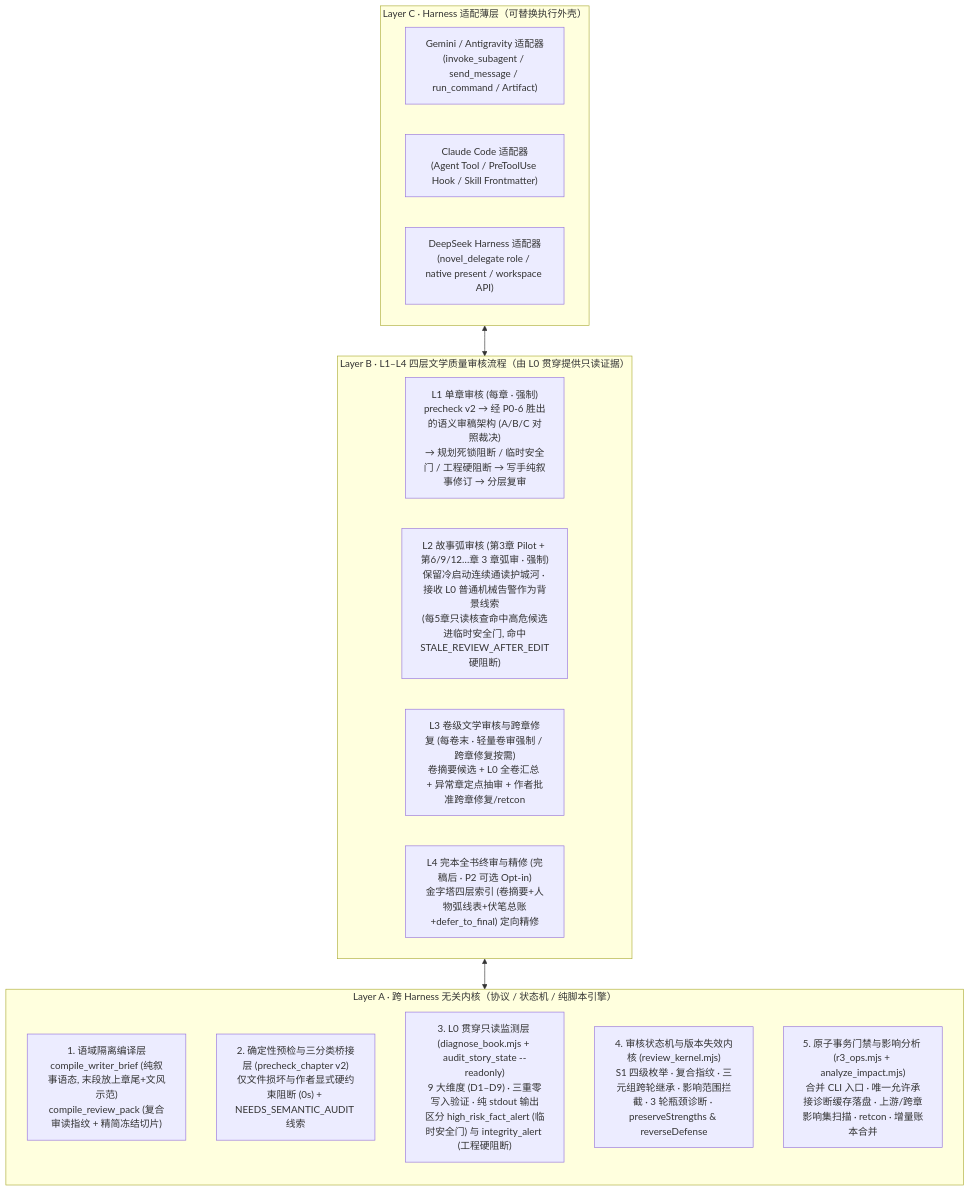
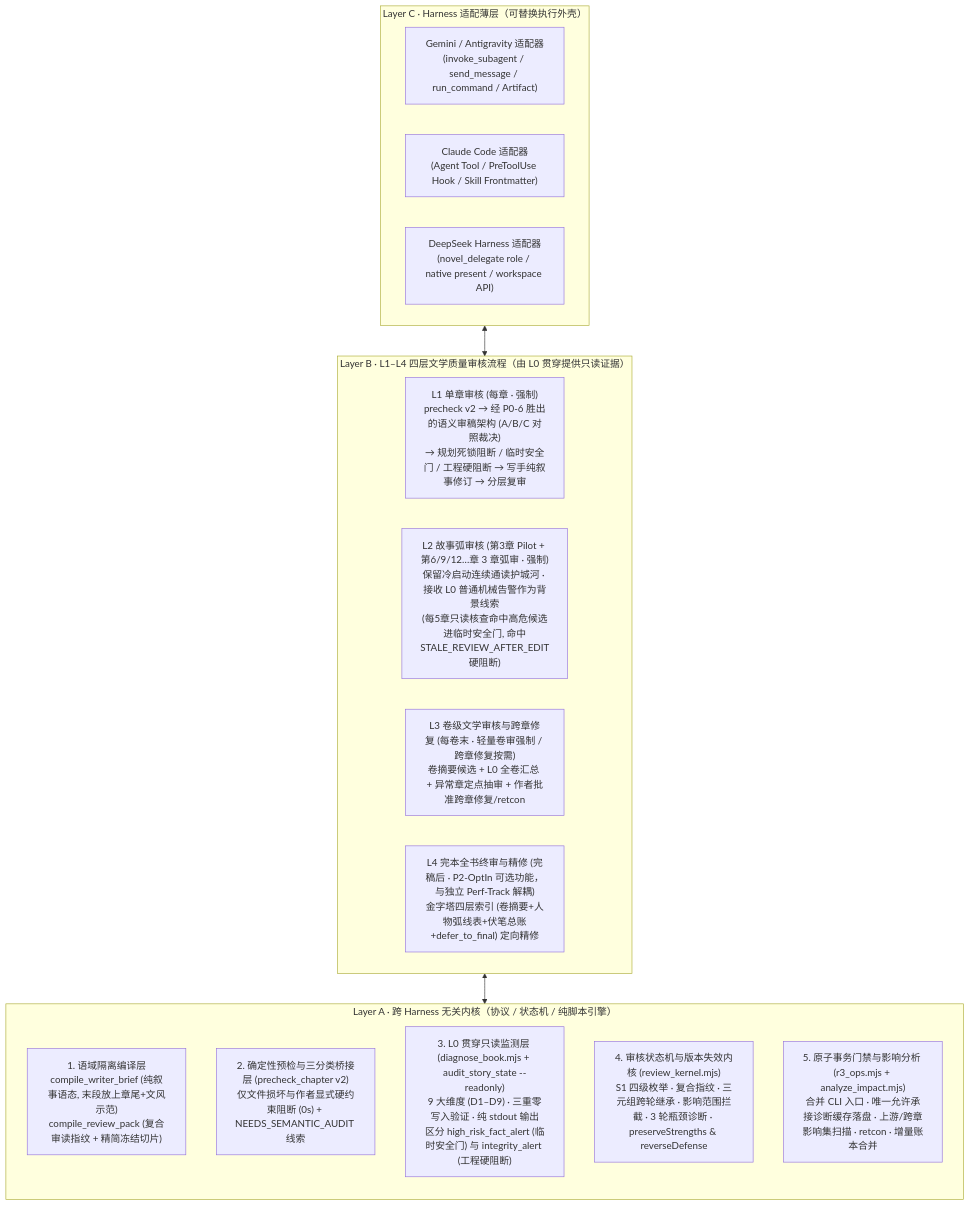
The diagram in docs/r3/review-v3/03-R3审核体系v3总体架构设计.md (chindden/chinese-novelist-skill), drawn with Mermaid before and after one commit. The commit also changed other lines of this file and 7 other files, not shown here.

Commit message:
docs(r3): finalize v1.2.2 freeze-ready revisions (G2 split, L0 sandbox, Perf-Track vs L4)

````diff
--- a/docs/r3/review-v3/03-R3审核体系v3总体架构设计.md
+++ b/docs/r3/review-v3/03-R3审核体系v3总体架构设计.md
@@ -21,26 +21,26 @@
 ```mermaid
 flowchart TB
     subgraph LAYER_A["Layer A · 跨 Harness 无关内核（协议 / 状态机 / 纯脚本引擎）"]
         direction TB
         M1["1. 语域隔离编译层<br/>compile_writer_brief (纯叙事语态, 末段放上章尾+文风示范)<br/>compile_review_pack (复合审读指纹 + 精简冻结切片)"]
         M2["2. 确定性预检与三分类桥接层 (precheck_chapter v2)<br/>仅文件损坏与作者显式硬约束阻断 (0s) + NEEDS_SEMANTIC_AUDIT 线索"]
         M3["3. L0 贯穿只读监测层 (diagnose_book.mjs + audit_story_state --readonly)<br/>9 大维度 (D1–D9) · 三重零写入验证 · 纯 stdout 输出<br/>区分 high_risk_fact_alert (临时安全门) 与 integrity_alert (工程硬阻断)"]
         M4["4. 审核状态机与版本失效内核 (review_kernel.mjs)<br/>S1 四级枚举 · 复合指纹 · 三元组跨轮继承 · 影响范围拦截 · 3 轮瓶颈诊断 · preserveStrengths & reverseDefense"]
         M5["5. 原子事务门禁与影响分析 (r3_ops.mjs + analyze_impact.mjs)<br/>合并 CLI 入口 · 唯一允许承接诊断缓存落盘 · 上游/跨章影响集扫描 · retcon · 增量账本合并"]
     end
 
     subgraph LAYER_B["Layer B · L1–L4 四层文学质量审核流程（由 L0 贯穿提供只读证据）"]
         L1["L1 单章审核 (每章 · 强制)<br/>precheck v2 → 经 P0-6 胜出的语义审稿架构 (A/B/C 对照裁决)<br/>→ 规划死锁阻断 / 临时安全门 / 工程硬阻断 → 写手纯叙事修订 → 分层复审"]
         L2["L2 故事弧审核 (第3章 Pilot + 第6/9/12…章 3 章弧审 · 强制)<br/>保留冷启动连续通读护城河 · 接收 L0 普通机械告警作为背景线索<br/>(每5章只读核查命中高危候选进临时安全门, 命中STALE_REVIEW_AFTER_EDIT硬阻断)"]
         L3["L3 卷级文学审核与跨章修复 (每卷末 · 轻量卷审强制 / 跨章修复按需)<br/>卷摘要候选 + L0 全卷汇总 + 异常章定点抽审 + 作者批准跨章修复/retcon"]
-        L4["L4 完本全书终审与精修 (完稿后 · P2 可选 Opt-in)<br/>金字塔四层索引 (卷摘要+人物弧线表+伏笔总账+defer_to_final) 定向精修"]
+        L4["L4 完本全书终审与精修 (完稿后 · P2-OptIn 可选功能，与独立 Perf-Track 解耦)<br/>金字塔四层索引 (卷摘要+人物弧线表+伏笔总账+defer_to_final) 定向精修"]
     end
 
     subgraph LAYER_C["Layer C · Harness 适配薄层（可替换执行外壳）"]
         H1["Gemini / Antigravity 适配器<br/>(invoke_subagent / send_message / run_command / Artifact)"]
         H2["Claude Code 适配器<br/>(Agent Tool / PreToolUse Hook / Skill Frontmatter)"]
         H3["DeepSeek Harness 适配器<br/>(novel_delegate role / native present / workspace API)"]
     end
 
     LAYER_C <--> LAYER_B <--> LAYER_A
 ```
````
